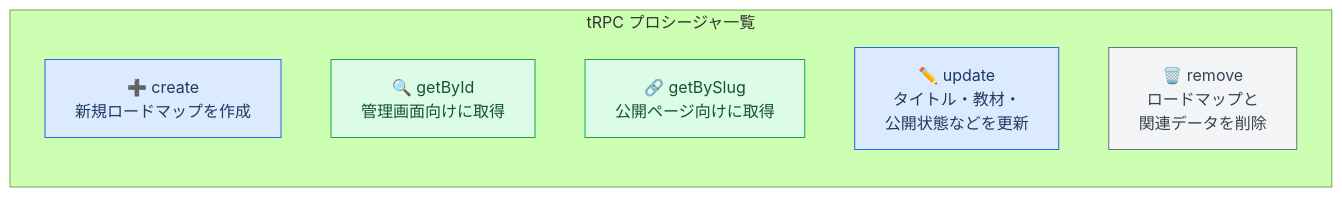
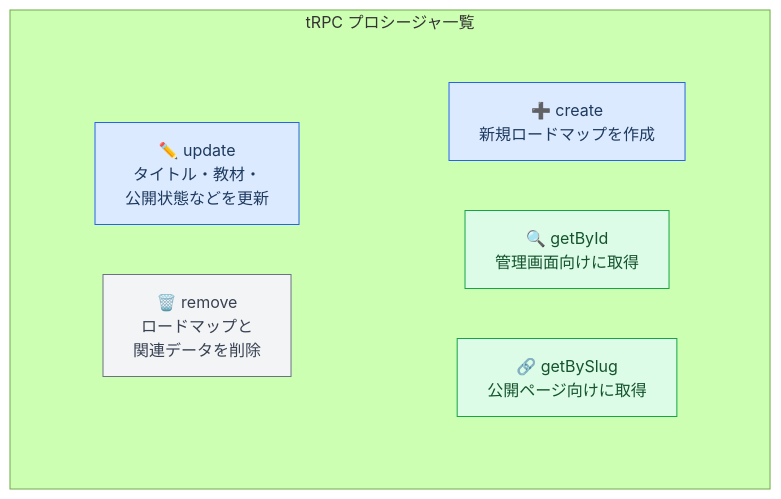
The fourth of 4 diagrams in articles/custom-learning-roadmap.md (Yucco-K/tech-blog-1), drawn with Mermaid (forest theme) before and after one commit.

Commit message:
fix: improve tRPC mermaid layout

````diff
--- a/articles/custom-learning-roadmap.md
+++ b/articles/custom-learning-roadmap.md
@@ -180,17 +180,26 @@
 ```mermaid
-flowchart LR
+flowchart TD
   subgraph procedures["tRPC プロシージャ一覧"]
-    A["➕ create<br/>新規ロードマップを作成"]
-    B["🔍 getById<br/>管理画面向けに取得"]
-    C["🔗 getBySlug<br/>公開ページ向けに取得"]
-    D["✏️ update<br/>タイトル・教材・<br/>公開状態などを更新"]
-    E["🗑️ remove<br/>ロードマップと<br/>関連データを削除"]
+    direction TB
+    subgraph row1[" "]
+      direction LR
+      A["➕ create<br/>新規ロードマップを作成"]
+      B["🔍 getById<br/>管理画面向けに取得"]
+      C["🔗 getBySlug<br/>公開ページ向けに取得"]
+    end
+    subgraph row2[" "]
+      direction LR
+      D["✏️ update<br/>タイトル・教材・<br/>公開状態などを更新"]
+      E["🗑️ remove<br/>ロードマップと<br/>関連データを削除"]
+    end
   end
 
+  style row1 fill:none,stroke:none
+  style row2 fill:none,stroke:none
   classDef blue fill:#dbeafe,stroke:#2563eb,color:#1e3a5f
   classDef green fill:#dcfce7,stroke:#16a34a,color:#14532d
   classDef gray fill:#f3f4f6,stroke:#6b7280,color:#374151
   class A,D blue
   class B,C green
   class E gray
 ```
````
